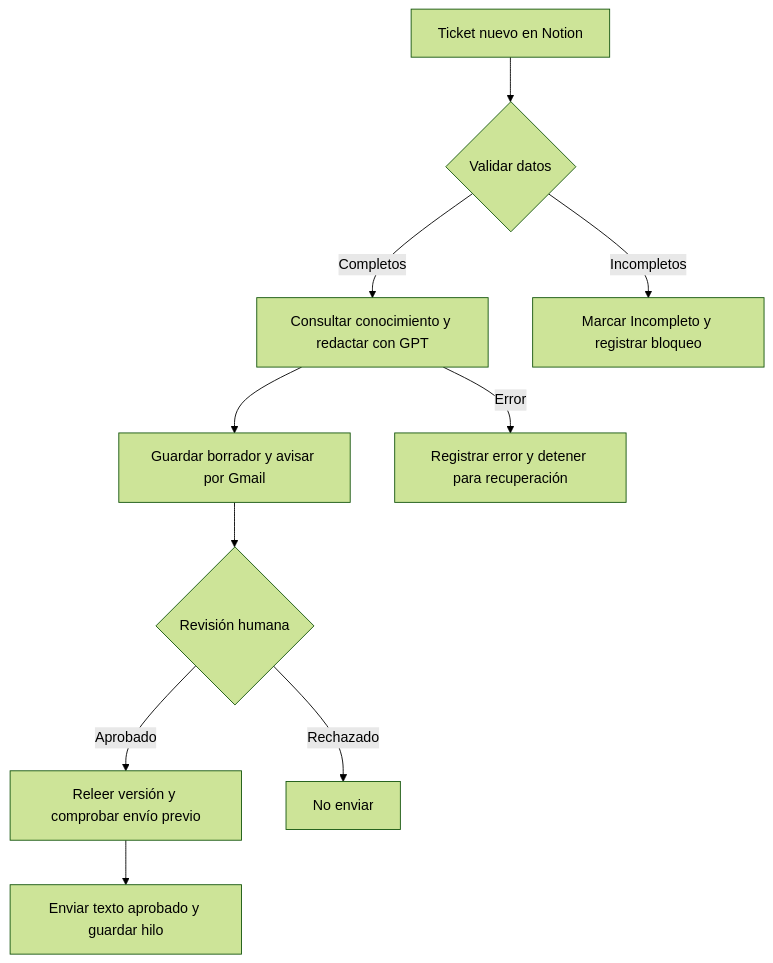
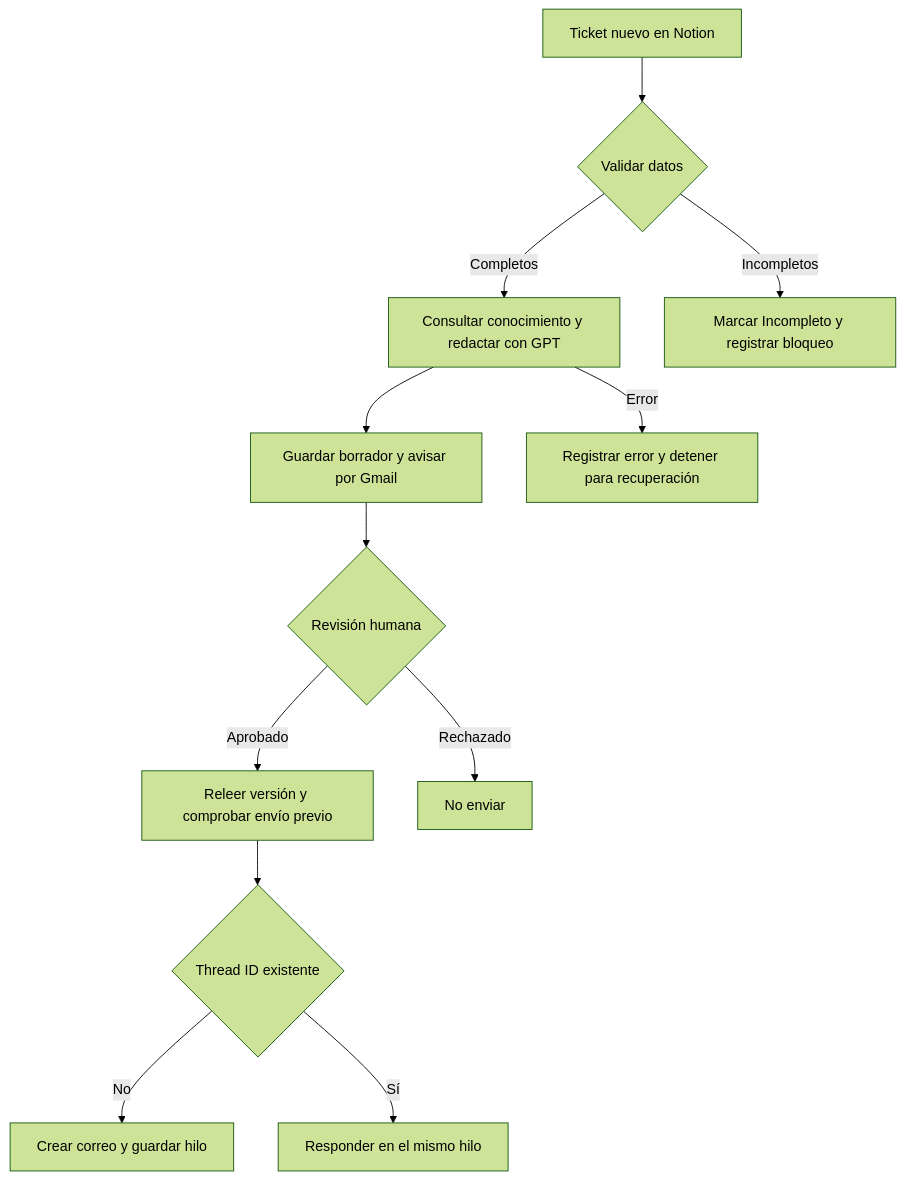
The diagram in README.md (Malczewski94/mesa-clara-automatizacion-ia), drawn with Mermaid (forest theme) before and after one commit. The commit also changed other lines of this file and 8 other files, not shown here.

````diff
--- a/README.md
+++ b/README.md
@@ -23,12 +23,14 @@
 ```mermaid
 flowchart TD
     A[Ticket nuevo en Notion] --> B{Validar datos}
     B -->|Completos| C[Consultar conocimiento y redactar con GPT]
     B -->|Incompletos| D[Marcar Incompleto y registrar bloqueo]
     C --> E[Guardar borrador y avisar por Gmail]
     C -->|Error| F[Registrar error y detener para recuperación]
     E --> G{Revisión humana}
     G -->|Aprobado| H[Releer versión y comprobar envío previo]
     G -->|Rechazado| I[No enviar]
-    H --> J[Enviar texto aprobado y guardar hilo]
+    H --> J{Thread ID existente}
+    J -->|No| K[Crear correo y guardar hilo]
+    J -->|Sí| L[Responder en el mismo hilo]
 ```
````
